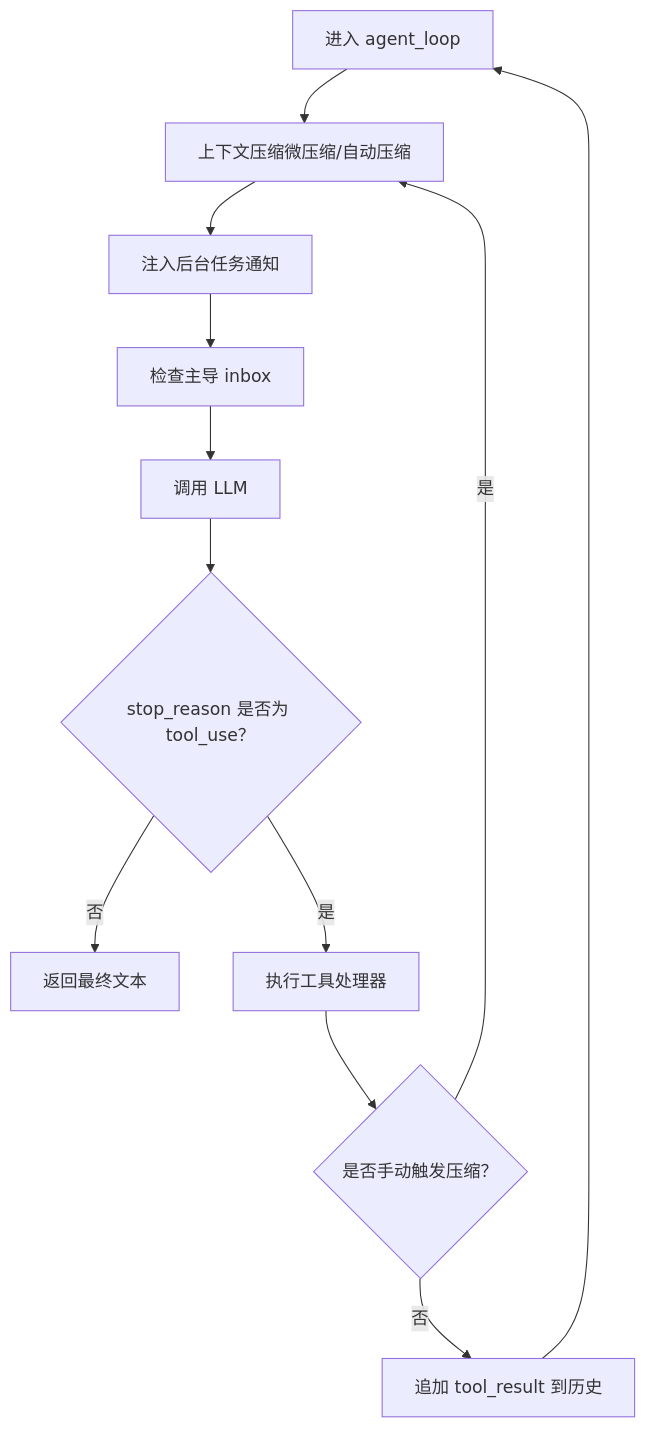
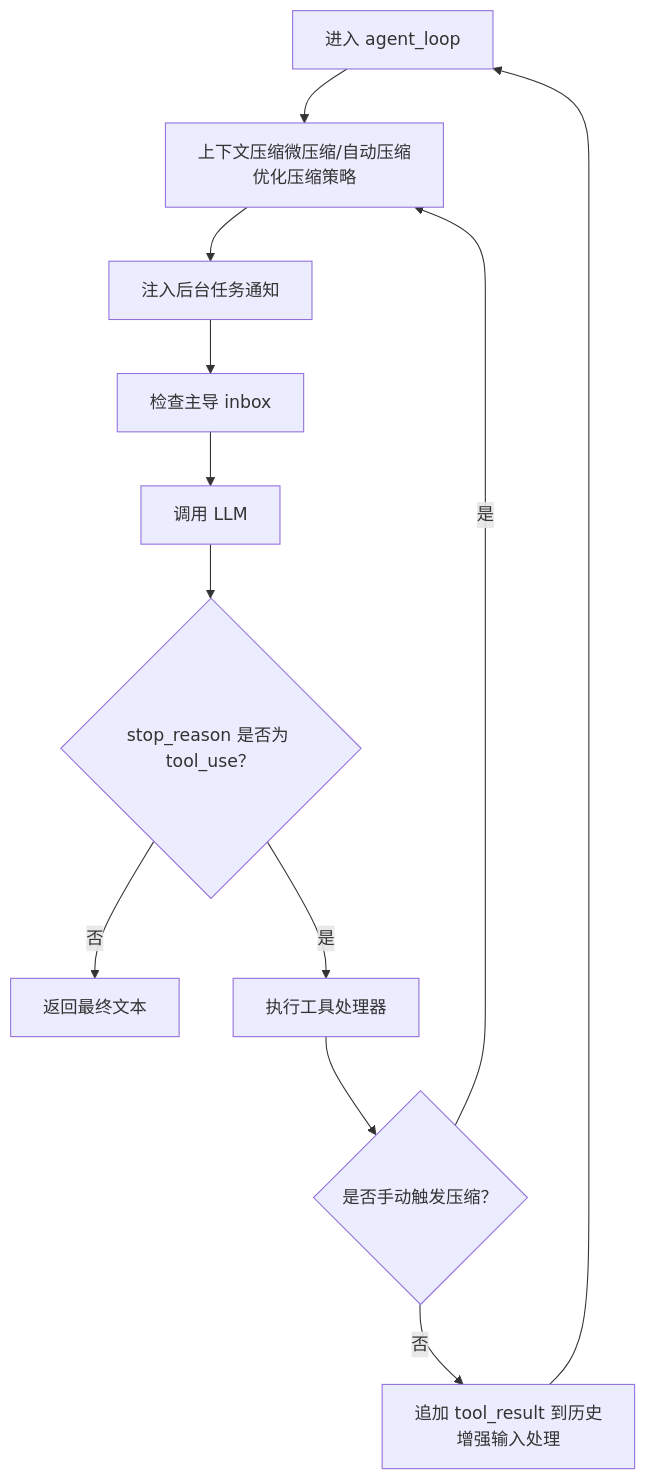
Before and after one commit to haolange/learn-claude-code: the tenth of 11 diagrams in .qoder/repowiki/zh/content/团队协作系统/综合集成.md, drawn with Mermaid. The commit also changed other lines of this file and 6 other files, not shown here.

````diff
--- a/.qoder/repowiki/zh/content/团队协作系统/综合集成.md
+++ b/.qoder/repowiki/zh/content/团队协作系统/综合集成.md
@@ -342,14 +425,14 @@
 ```mermaid
 flowchart TD
-A["进入 agent_loop"] --> B["上下文压缩微压缩/自动压缩"]
+A["进入 agent_loop"] --> B["上下文压缩微压缩/自动压缩<br/>优化压缩策略"]
 B --> C["注入后台任务通知"]
 C --> D["检查主导 inbox"]
 D --> E["调用 LLM"]
 E --> F{"stop_reason 是否为 tool_use？"}
 F --> |否| G["返回最终文本"]
 F --> |是| H["执行工具处理器"]
 H --> I{"是否手动触发压缩？"}
 I --> |是| B
-I --> |否| J["追加 tool_result 到历史"]
+I --> |否| J["追加 tool_result 到历史<br/>增强输入处理"]
 J --> A
 ```
````
